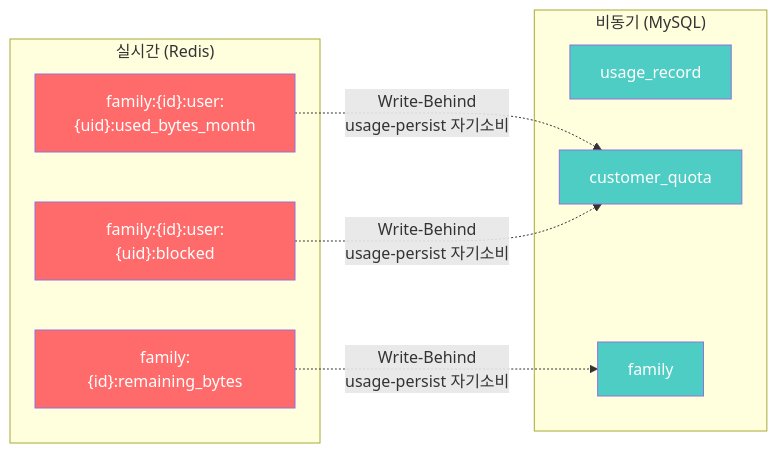
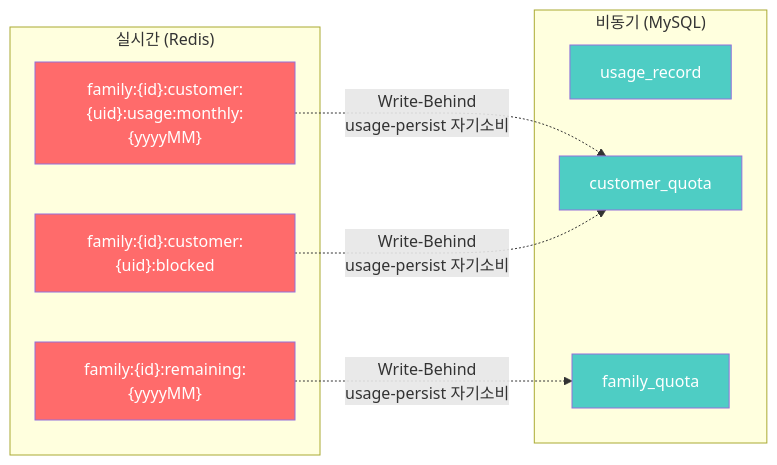
One commit to da-bom/dabom-api-core changed the sixth of 6 diagrams in docs/ERD.md. Above: the diagram before and after it, drawn with Mermaid. The commit also changed other lines of this file and 4 other files, not shown here.

````diff
--- a/docs/ERD.md
+++ b/docs/ERD.md
@@ -1870,25 +1994,25 @@
 ```mermaid
 flowchart LR
     subgraph "실시간 (Redis)"
-        R1["family:{id}:remaining_bytes"]
-        R2["family:{id}:user:{uid}:used_bytes_month"]
-        R3["family:{id}:user:{uid}:blocked"]
+        R1["family:{id}:remaining:{yyyyMM}"]
+        R2["family:{id}:customer:{uid}:usage:monthly:{yyyyMM}"]
+        R3["family:{id}:customer:{uid}:blocked"]
     end
 
     subgraph "비동기 (MySQL)"
         T1[usage_record]
         T2[customer_quota]
-        T3[family]
+        T3[family_quota]
     end
 
     R1 -.->|Write-Behind<br/>usage-persist 자기소비| T3
     R2 -.->|Write-Behind<br/>usage-persist 자기소비| T2
     R3 -.->|Write-Behind<br/>usage-persist 자기소비| T2
 
     style R1 fill:#ff6b6b,color:#fff
     style R2 fill:#ff6b6b,color:#fff
     style R3 fill:#ff6b6b,color:#fff
     style T1 fill:#4ecdc4,color:#fff
     style T2 fill:#4ecdc4,color:#fff
     style T3 fill:#4ecdc4,color:#fff
 ```
````
